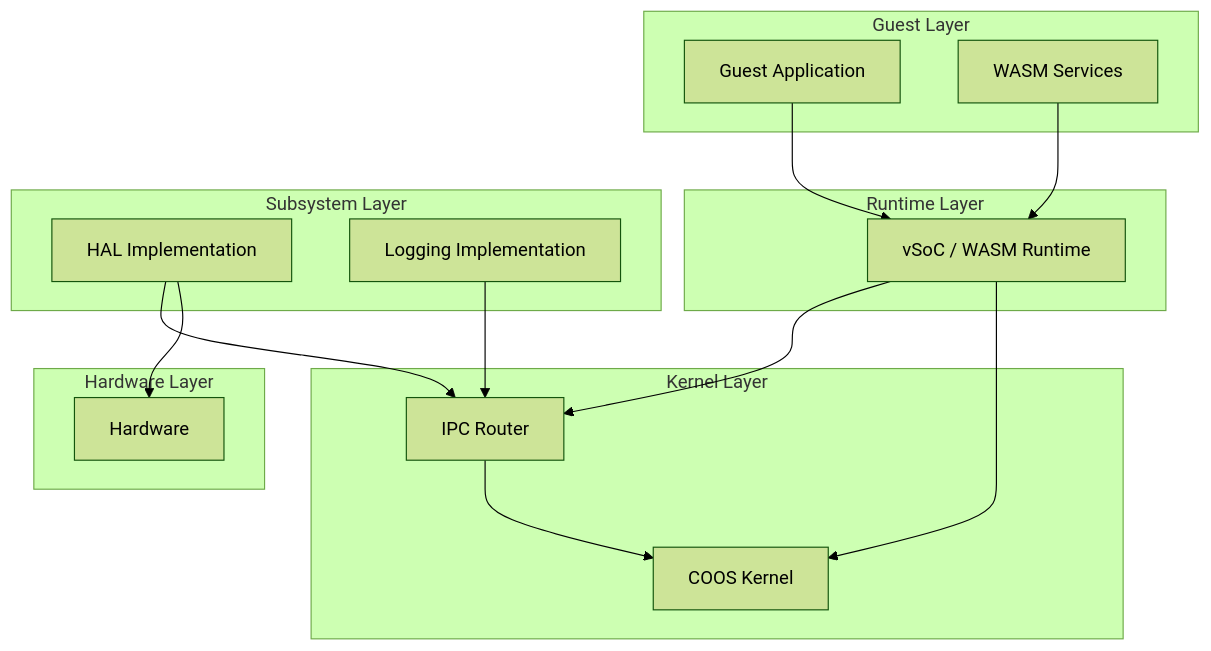
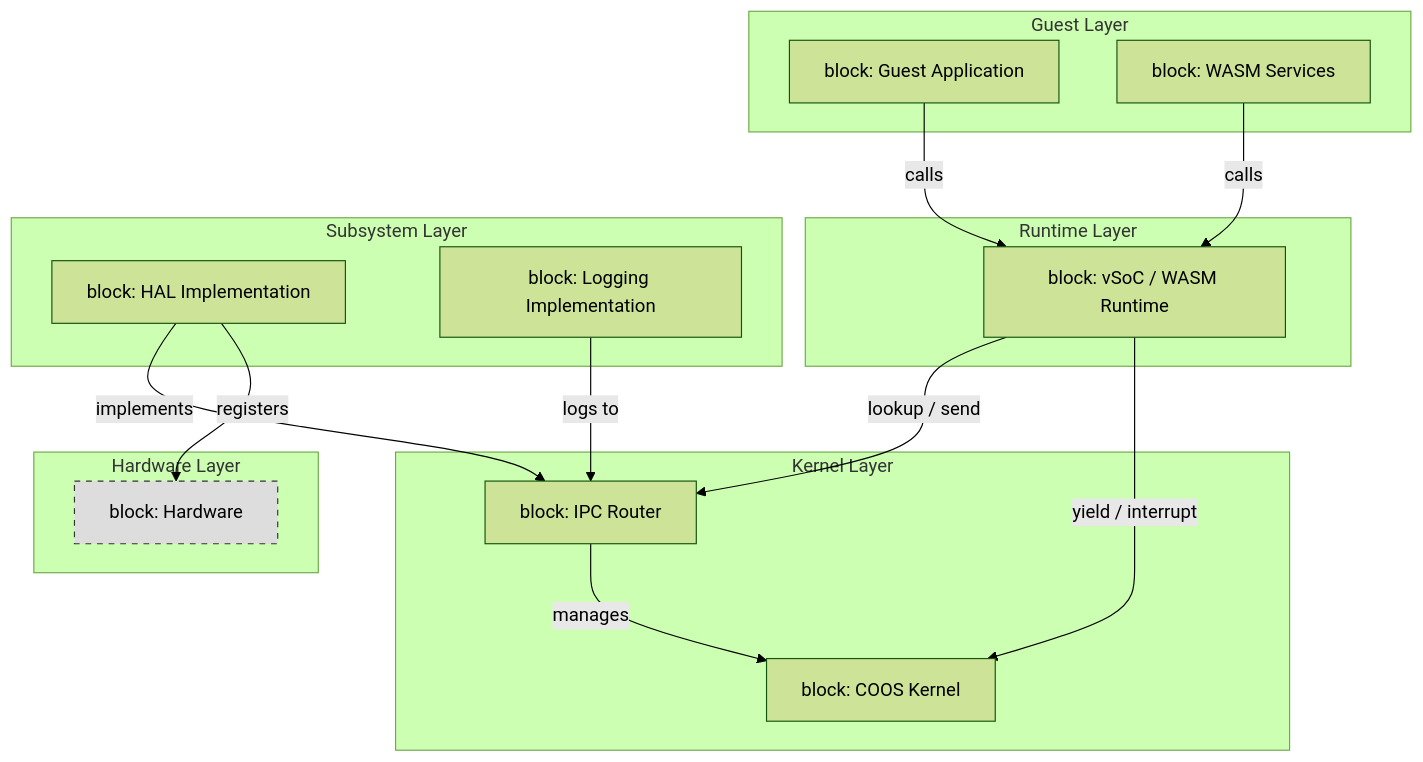
One commit to kmt-t/fireball changed the first of 3 diagrams in docs/architecture/architecture_overview.md. Above: the diagram before and after it, drawn with Mermaid (forest theme). The commit also changed other lines of this file and 32 other files, not shown here.

````diff
--- a/docs/architecture/architecture_overview.md
+++ b/docs/architecture/architecture_overview.md
@@ -32,35 +33,39 @@
 ```mermaid
 graph TD
+    classDef subsystem fill:#f9f,stroke:#333,stroke-width:2px;
+    classDef kernel fill:#bbf,stroke:#333,stroke-width:2px;
+    classDef hardware fill:#ddd,stroke:#333,stroke-width:1px,stroke-dasharray: 5 5;
+
     subgraph Guest_Layer [Guest Layer]
-        App[Guest Application]
-        Svc[WASM Services]
+        App["block: Guest Application"]
+        Svc["block: WASM Services"]
     end
 
     subgraph Runtime_Layer [Runtime Layer]
-        vSoC[vSoC / WASM Runtime]
+        vSoC["block: vSoC / WASM Runtime"]
     end
 
     subgraph Kernel_Layer [Kernel Layer]
-        COOS[COOS Kernel]
-        IPCR[IPC Router]
+        COOS["block: COOS Kernel"]
+        IPCR["block: IPC Router"]
     end
 
     subgraph Subsystem_Layer [Subsystem Layer]
-        HAL[HAL Implementation]
-        Log[Logging Implementation]
+        HAL["block: HAL Implementation"]
+        Log["block: Logging Implementation"]
     end
 
     subgraph Hardware_Layer [Hardware Layer]
-        HW[Hardware]
+        HW["block: Hardware"]:::hardware
     end
 
-    %% 依存性の方向 (Implementation -> Interface/Specification)
-    App --> vSoC
-    Svc --> vSoC
-    vSoC --> IPCR
-    vSoC --> COOS
-    HAL --> IPCR
-    Log --> IPCR
-    IPCR --> COOS
-    HAL --> HW
+    %% 依存性・接続
+    App -- "calls" --> vSoC
+    Svc -- "calls" --> vSoC
+    vSoC -- "lookup / send" --> IPCR
+    vSoC -- "yield / interrupt" --> COOS
+    IPCR -- "manages" --> COOS
+    HAL -- "implements" --> IPCR
+    Log -- "logs to" --> IPCR
+    HAL -- "registers" --> HW
 ```
````
